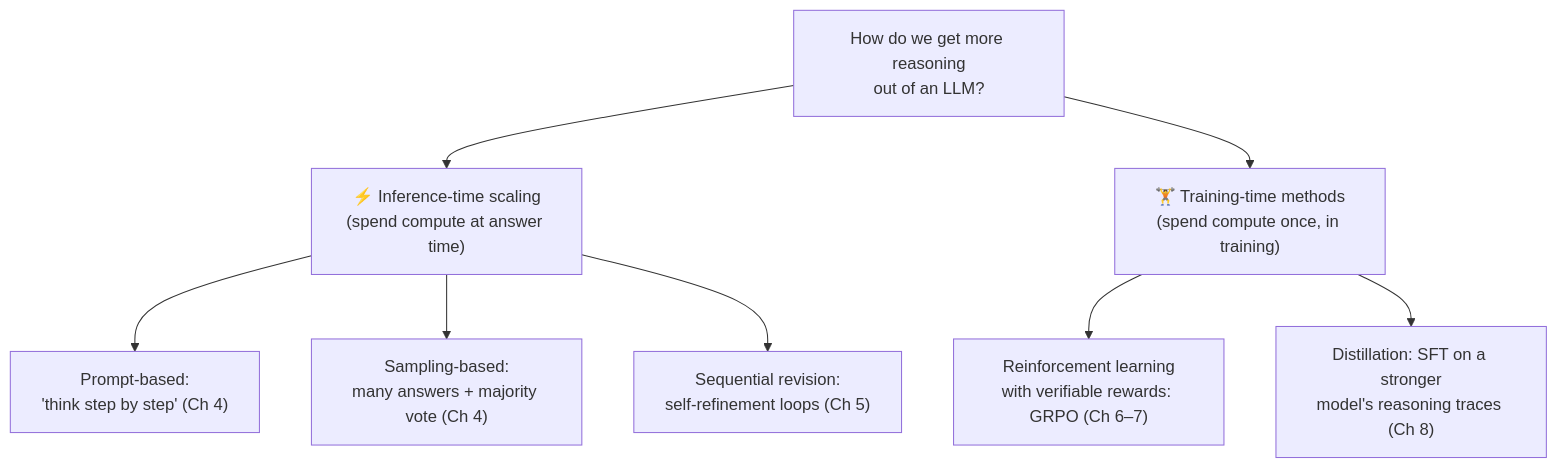
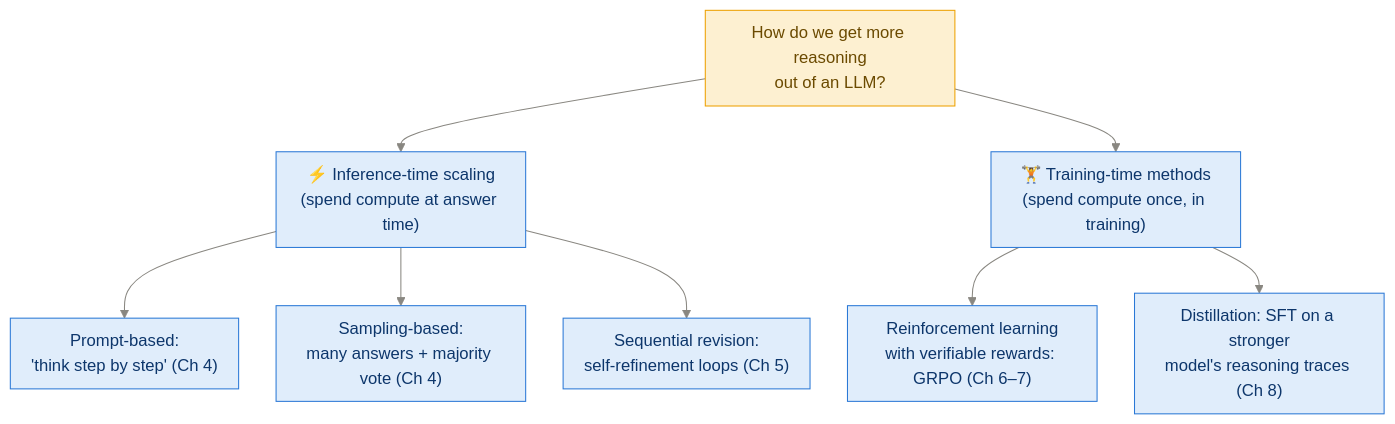
Before and after one commit to sudhanshu-shivam-dev/reasoning_model_from_scratch: the third of 6 diagrams in study_guide/ch01_understanding_reasoning_models.md, drawn with Mermaid. The commit also changed other lines of this file and 14 other files, not shown here.

First line of the commit message:
Restyle all 54 diagrams: consistent palette, semantic colors, better spacing

````diff
--- a/study_guide/ch01_understanding_reasoning_models.md
+++ b/study_guide/ch01_understanding_reasoning_models.md
@@ -96,12 +104,15 @@
 ```mermaid
+%%{init: {"theme":"base","themeVariables":{"primaryColor":"#e0edfb","primaryTextColor":"#0d366b","primaryBorderColor":"#2a78d6","lineColor":"#898781","textColor":"#52514e","edgeLabelBackground":"#f0efec","clusterBkg":"rgba(137,135,129,0.07)","clusterBorder":"#a9a7a0","titleColor":"#898781"},"flowchart":{"nodeSpacing":36,"rankSpacing":44,"curve":"basis","padding":10}}}%%
 flowchart TB
     ROOT["How do we get more reasoning<br/>out of an LLM?"] --> ITS["⚡ Inference-time scaling<br/>(spend compute at answer time)"]
     ROOT --> TT["🏋️ Training-time methods<br/>(spend compute once, in training)"]
 
     ITS --> P["Prompt-based:<br/>'think step by step' (Ch 4)"]
     ITS --> S["Sampling-based:<br/>many answers + majority vote (Ch 4)"]
     ITS --> SR["Sequential revision:<br/>self-refinement loops (Ch 5)"]
 
     TT --> RL["Reinforcement learning<br/>with verifiable rewards: GRPO (Ch 6–7)"]
     TT --> DI["Distillation: SFT on a stronger<br/>model's reasoning traces (Ch 8)"]
+    classDef dec fill:#fdf0d1,stroke:#eda100,color:#6b4a00
+    class ROOT dec
 ```
````
